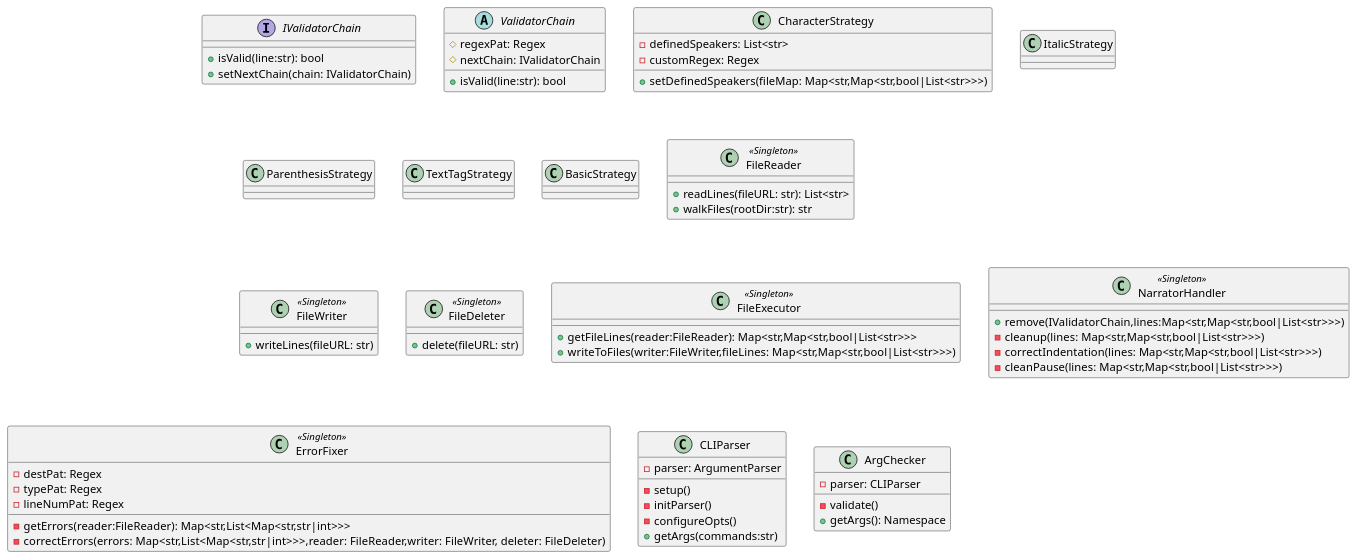
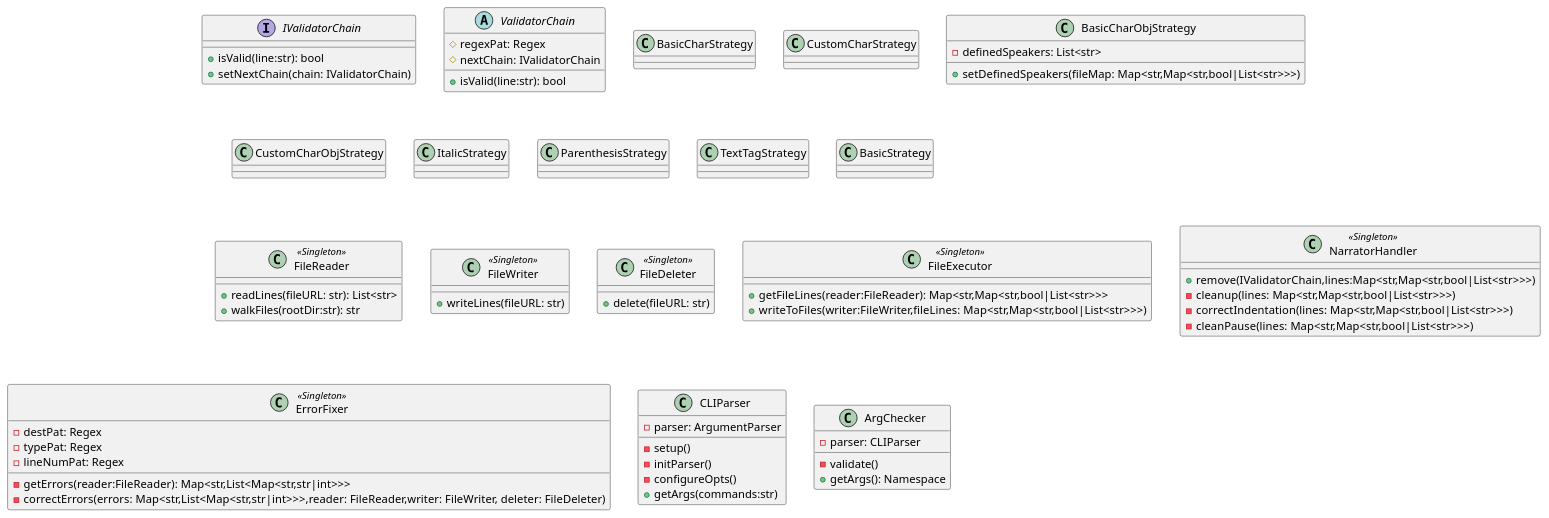
Before and after one commit to Edexaal/nonarrate: the diagram in classDiagram.puml, drawn with PlantUML. The commit also changed 3 other files, not shown here.

Commit message:
- Update class diagram - Adds filter group options - Adds more filter options - Adds pause option - Adds version option - Adds some typing - Adds documentation for commands/options - Update README.md

```diff
--- a/classDiagram.puml
+++ b/classDiagram.puml
@@ -1,69 +1,73 @@
 @startuml
 'Validator
 interface IValidatorChain {
 	+isValid(line:str): bool
 	+setNextChain(chain: IValidatorChain)
 }
 abstract class ValidatorChain {
 	#regexPat: Regex
 	#nextChain: IValidatorChain
 	+isValid(line:str): bool
 }
-class CharacterStrategy {
+'Ex: "Narrator" "Player listen to me..."
+class BasicCharStrategy
+class CustomCharStrategy
+'Ex: narr "Player, please select this choice."
+class BasicCharObjStrategy {
 	-definedSpeakers: List<str>
-	-customRegex: Regex
 	'Map[file_url][hasChanged or lines in file]
 	+setDefinedSpeakers(fileMap: Map<str,Map<str,bool|List<str>>>)
 }
+class CustomCharObjStrategy
 class ItalicStrategy
 class ParenthesisStrategy
 class TextTagStrategy
 class BasicStrategy
 
 'File Descriptors
 class  FileReader <<Singleton>> {
 	+readLines(fileURL: str): List<str>
 	+walkFiles(rootDir:str): str
 }
 class  FileWriter <<Singleton>>{
 	+writeLines(fileURL: str)
 }
 class  FileDeleter <<Singleton>>{
 	+delete(fileURL: str)
 }
 
 'ThreadExecutors
 class  FileExecutor <<Singleton>>{
 	+getFileLines(reader:FileReader): Map<str,Map<str,bool|List<str>>>
 	+writeToFiles(writer:FileWriter,fileLines: Map<str,Map<str,bool|List<str>>>)
 }
 
 'Narrator
 class  NarratorHandler <<Singleton>>{
 	+remove(IValidatorChain,lines:Map<str,Map<str,bool|List<str>>>)
 	-cleanup(lines: Map<str,Map<str,bool|List<str>>>)
 	-correctIndentation(lines: Map<str,Map<str,bool|List<str>>>)
 	-cleanPause(lines: Map<str,Map<str,bool|List<str>>>)
 }
 class  ErrorFixer <<Singleton>>{
 	-destPat: Regex
 	-typePat: Regex
 	-lineNumPat: Regex
 	-getErrors(reader:FileReader): Map<str,List<Map<str,str|int>>>
 	-correctErrors(errors: Map<str,List<Map<str,str|int>>>,reader: FileReader,writer: FileWriter, deleter: FileDeleter)
 }
 
 'Argument Classes
 class CLIParser {
     -parser: ArgumentParser
     -setup()
     -initParser()
     -configureOpts()
     +getArgs(commands:str)
 }
 class ArgChecker {
     -parser: CLIParser
     -validate()
     +getArgs(): Namespace
 }
 @enduml
```
